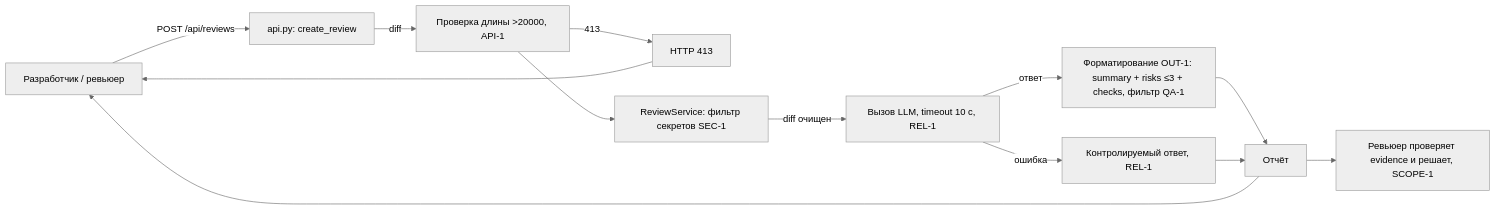
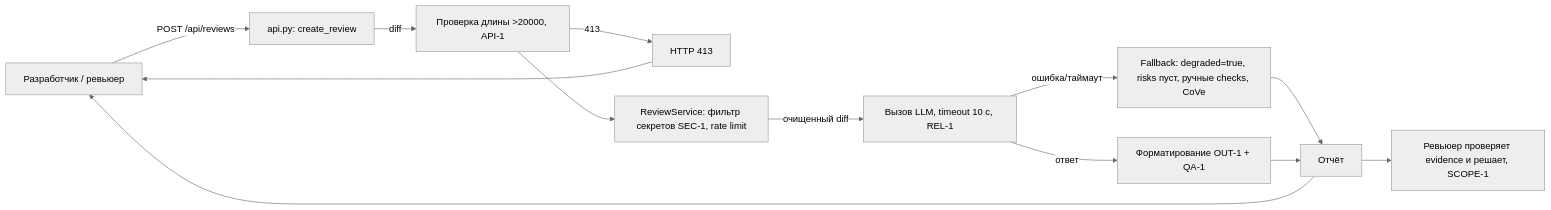
The diagram in practices/practice_01/adr.md (Toki0ra/ITMOv2), drawn with Mermaid (neutral theme) before and after one commit. The commit also changed other lines of this file and 7 other files, not shown here.

````diff
--- a/practices/practice_01/adr.md
+++ b/practices/practice_01/adr.md
@@ -47,15 +73,15 @@
 ```mermaid
 flowchart LR
     U[Разработчик / ревьюер] -->|POST /api/reviews| A[api.py: create_review]
     A -->|diff| B[Проверка длины >20000, API-1]
     B -->|413| E1[HTTP 413]
-    B --> C[ReviewService: фильтр секретов SEC-1]
-    C -->|diff очищен| D[Вызов LLM, timeout 10 с, REL-1]
-    D -->|ошибка| E2[Контролируемый ответ, REL-1]
-    D -->|ответ| F[Форматирование OUT-1: summary + risks ≤3 + checks, фильтр QA-1]
-    F --> G[Отчёт]
-    E2 --> G
+    B --> C[ReviewService: фильтр секретов SEC-1, rate limit]
+    C -->|очищенный diff| D[Вызов LLM, timeout 10 с, REL-1]
+    D -->|ошибка/таймаут| FB[Fallback: degraded=true, risks пуст, ручные checks, CoVe]
+    D -->|ответ| F[Форматирование OUT-1 + QA-1]
+    FB --> G[Отчёт]
+    F --> G
     G --> H[Ревьюер проверяет evidence и решает, SCOPE-1]
     E1 --> U
     G --> U
 ```
````
